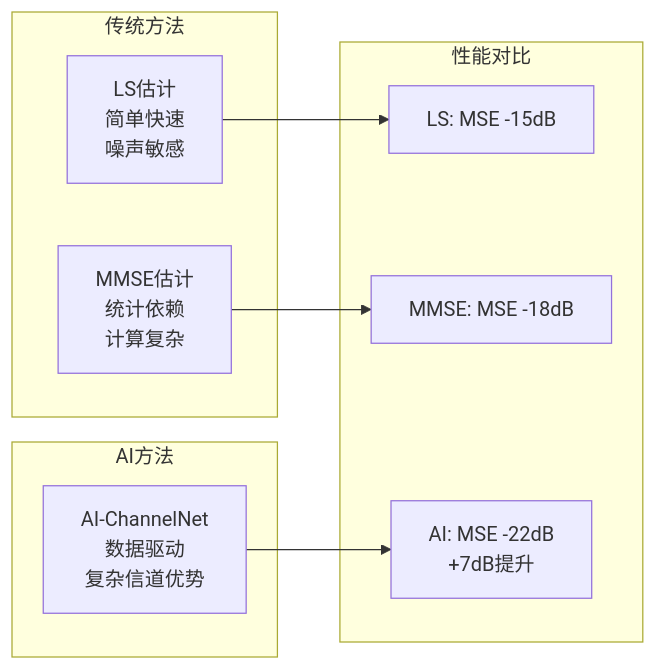
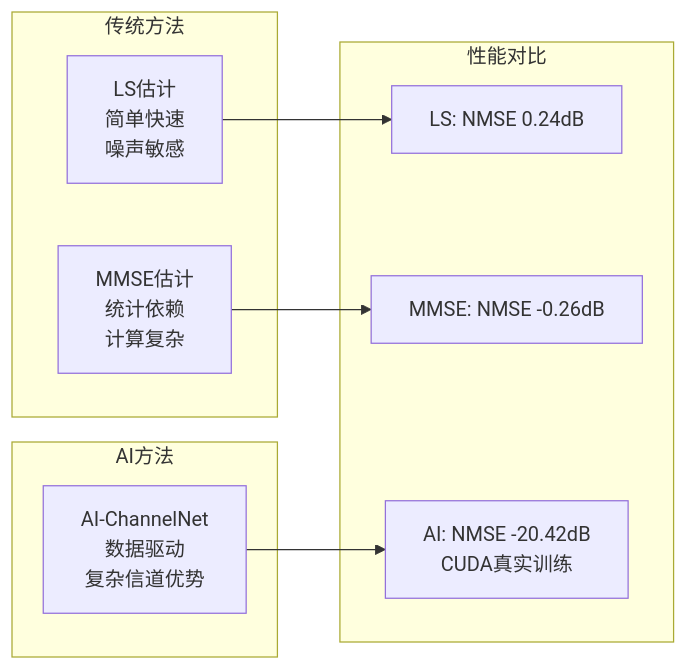
One commit to daivy2333/5G_AI_Communication changed the fifth of 14 diagrams in docs/ALGORITHMS.md. Above: the diagram before and after it, drawn with Mermaid. The commit also changed other lines of this file and 29 other files, not shown here.

````diff
--- a/docs/ALGORITHMS.md
+++ b/docs/ALGORITHMS.md
@@ -156,21 +156,21 @@
 ```mermaid
 graph LR
     subgraph 传统方法["传统方法"]
         T1[LS估计<br/>简单快速<br/>噪声敏感]
         T2[MMSE估计<br/>统计依赖<br/>计算复杂]
     end
     
     subgraph AI方法["AI方法"]
         AI1[AI-ChannelNet<br/>数据驱动<br/>复杂信道优势]
     end
     
     subgraph 性能对比["性能对比"]
-        P1[LS: MSE -15dB]
-        P2[MMSE: MSE -18dB]
-        P3[AI: MSE -22dB<br/>+7dB提升]
+        P1[LS: NMSE 0.24dB]
+        P2[MMSE: NMSE -0.26dB]
+        P3[AI: NMSE -20.42dB<br/>CUDA真实训练]
     end
     
     T1 --> P1
     T2 --> P2
     AI1 --> P3
 ```
````
